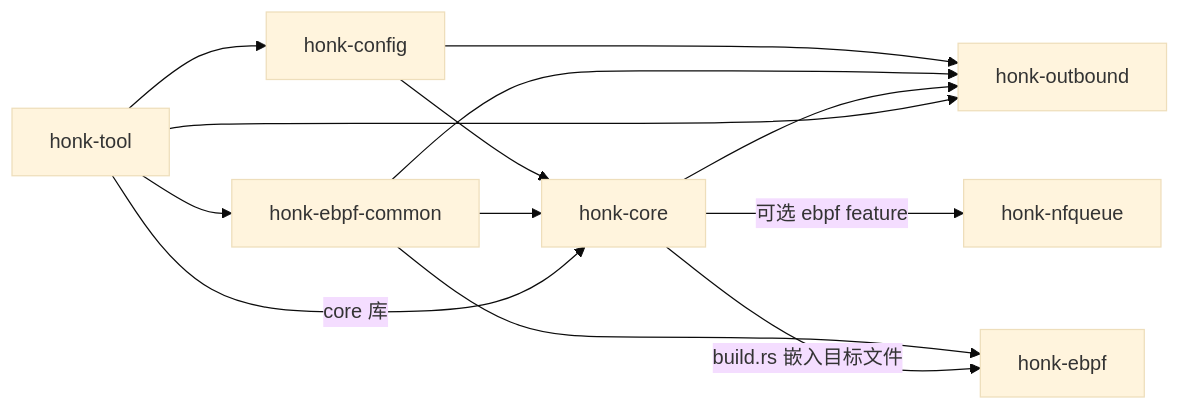
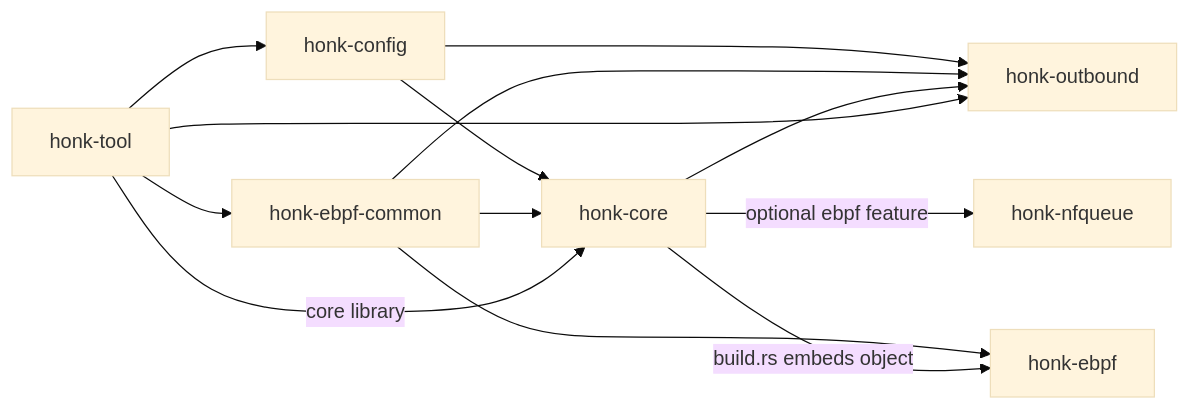
One commit to Glassyiris/honk changed the first of 2 diagrams in doc/zh/design/overview.md. Above: the diagram before and after it, drawn with Mermaid (base theme). The commit also changed other lines of this file and 21 other files, not shown here.

````diff
--- a/doc/zh/design/overview.md
+++ b/doc/zh/design/overview.md
@@ -35,15 +35,15 @@
 ```mermaid
 flowchart LR
   CFG[honk-config] --> CORE[honk-core]
   CFG --> OUT[honk-outbound]
   COMMON[honk-ebpf-common] --> CORE
   COMMON --> OUT
   COMMON --> EBPF[honk-ebpf]
   CORE --> OUT
-  CORE -->|可选 ebpf feature| NFQ[honk-nfqueue]
-  CORE -->|build.rs 嵌入目标文件| EBPF
+  CORE -->|optional ebpf feature| NFQ[honk-nfqueue]
+  CORE -->|build.rs embeds object| EBPF
   TOOL[honk-tool] --> CFG
   TOOL --> COMMON
   TOOL --> OUT
-  TOOL -->|core 库| CORE
+  TOOL -->|core library| CORE
 ```
````
